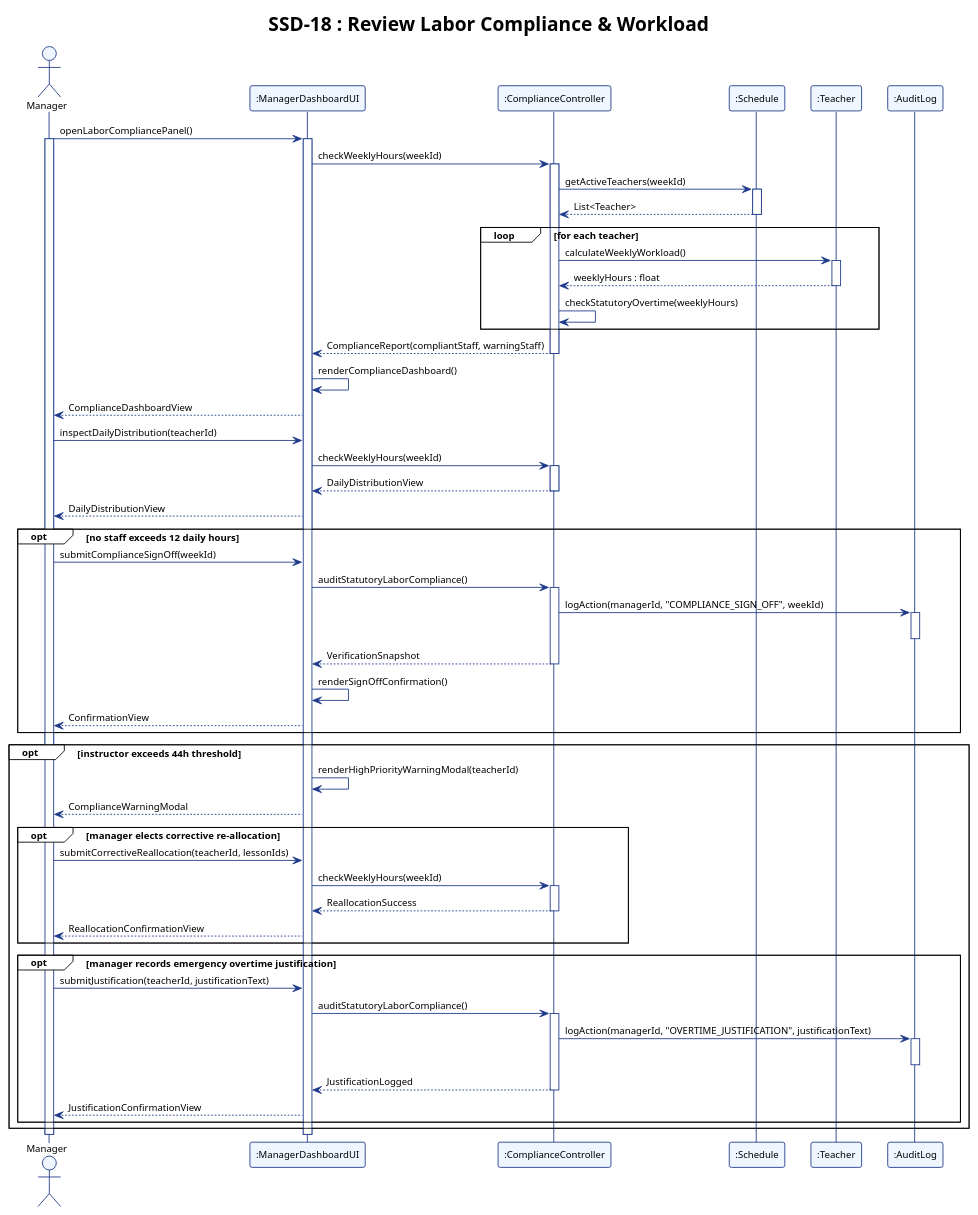
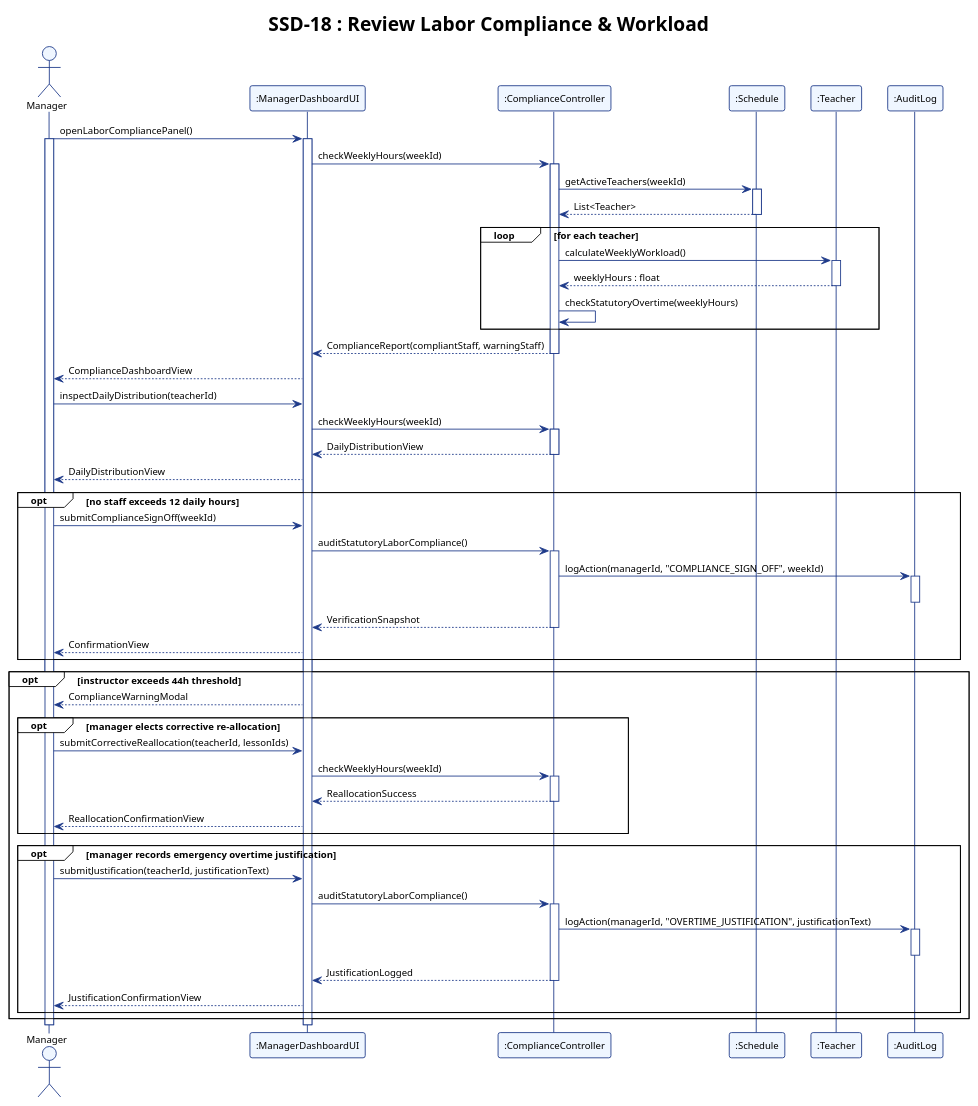
Before and after one commit to adoreblvnk/2001temp: the diagram in report/assets/ssd_18.puml, drawn with PlantUML. The commit also changed 27 other files, not shown here.

First line of the commit message:
fix(report): streamline sequence diagrams, remove LaTeX, and reformat appendix

```diff
--- a/report/assets/ssd_18.puml
+++ b/report/assets/ssd_18.puml
@@ -1,96 +1,93 @@
 @startuml ssd_18
 !theme plain
 skinparam shadowing false
 skinparam defaultFontName "Helvetica", "Arial", sans-serif
 skinparam defaultFontSize 11
 skinparam sequence {
     ParticipantBorderColor #1E3A8A
     ParticipantBackgroundColor #EFF6FF
     LifeLineBorderColor #1E3A8A
     LifeLineBackgroundColor #FFFFFF
     ArrowColor #1E3A8A
     ActorBorderColor #1E3A8A
     ActorBackgroundColor #EFF6FF
 }
 
 title SSD-18 : Review Labor Compliance & Workload
 
 actor "Manager" as Manager
 participant ":ManagerDashboardUI" as UI
 participant ":ComplianceController" as ComplianceController
 participant ":Schedule" as Schedule
 participant ":Teacher" as Teacher
 participant ":AuditLog" as AuditLog
 
 Manager -> UI : openLaborCompliancePanel()
 activate Manager
 activate UI
 UI -> ComplianceController : checkWeeklyHours(weekId)
 activate ComplianceController
 
 ComplianceController -> Schedule : getActiveTeachers(weekId)
 activate Schedule
 Schedule --> ComplianceController : List<Teacher>
 deactivate Schedule
 
 loop for each teacher
     ComplianceController -> Teacher : calculateWeeklyWorkload()
     activate Teacher
     Teacher --> ComplianceController : weeklyHours : float
     deactivate Teacher
     ComplianceController -> ComplianceController : checkStatutoryOvertime(weeklyHours)
 end
 
 ComplianceController --> UI : ComplianceReport(compliantStaff, warningStaff)
 deactivate ComplianceController
-UI -> UI : renderComplianceDashboard()
 UI --> Manager : ComplianceDashboardView
 
 Manager -> UI : inspectDailyDistribution(teacherId)
 UI -> ComplianceController : checkWeeklyHours(weekId)
 activate ComplianceController
 ComplianceController --> UI : DailyDistributionView
 deactivate ComplianceController
 UI --> Manager : DailyDistributionView
 
 opt no staff exceeds 12 daily hours
     Manager -> UI : submitComplianceSignOff(weekId)
     UI -> ComplianceController : auditStatutoryLaborCompliance()
     activate ComplianceController
     ComplianceController -> AuditLog : logAction(managerId, "COMPLIANCE_SIGN_OFF", weekId)
     activate AuditLog
     deactivate AuditLog
     ComplianceController --> UI : VerificationSnapshot
     deactivate ComplianceController
-    UI -> UI : renderSignOffConfirmation()
     UI --> Manager : ConfirmationView
 end
 
 opt instructor exceeds 44h threshold
-    UI -> UI : renderHighPriorityWarningModal(teacherId)
     UI --> Manager : ComplianceWarningModal
     opt manager elects corrective re-allocation
         Manager -> UI : submitCorrectiveReallocation(teacherId, lessonIds)
         UI -> ComplianceController : checkWeeklyHours(weekId)
         activate ComplianceController
         ComplianceController --> UI : ReallocationSuccess
         deactivate ComplianceController
         UI --> Manager : ReallocationConfirmationView
     end
     opt manager records emergency overtime justification
         Manager -> UI : submitJustification(teacherId, justificationText)
         UI -> ComplianceController : auditStatutoryLaborCompliance()
         activate ComplianceController
         ComplianceController -> AuditLog : logAction(managerId, "OVERTIME_JUSTIFICATION", justificationText)
         activate AuditLog
         deactivate AuditLog
         ComplianceController --> UI : JustificationLogged
         deactivate ComplianceController
         UI --> Manager : JustificationConfirmationView
     end
 end
 
 deactivate UI
 deactivate Manager
 
 @enduml
```
